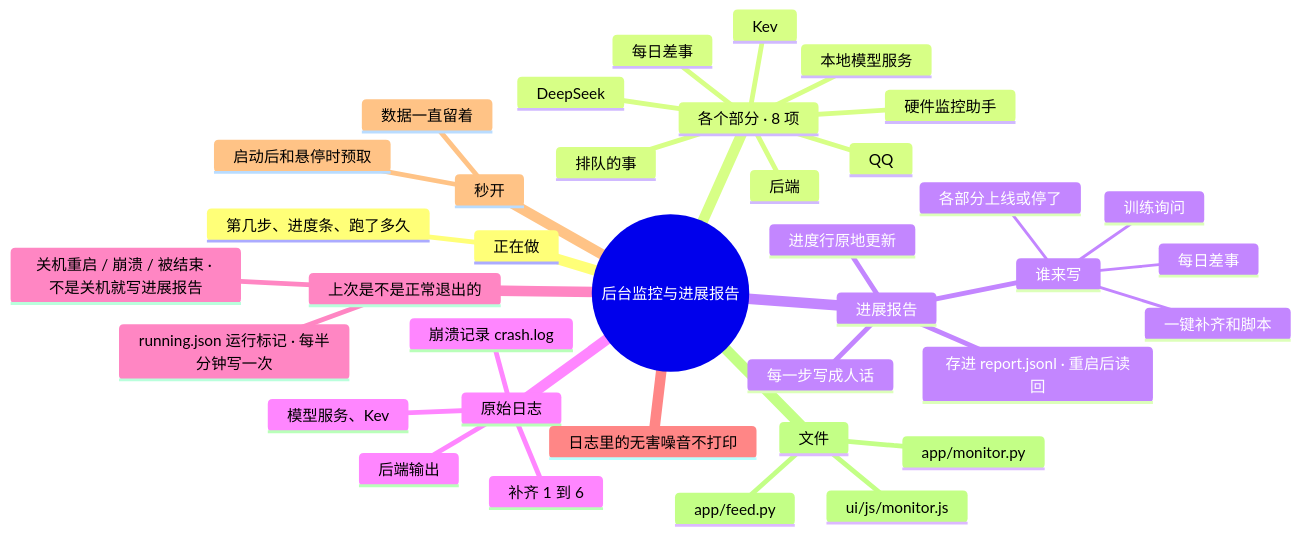
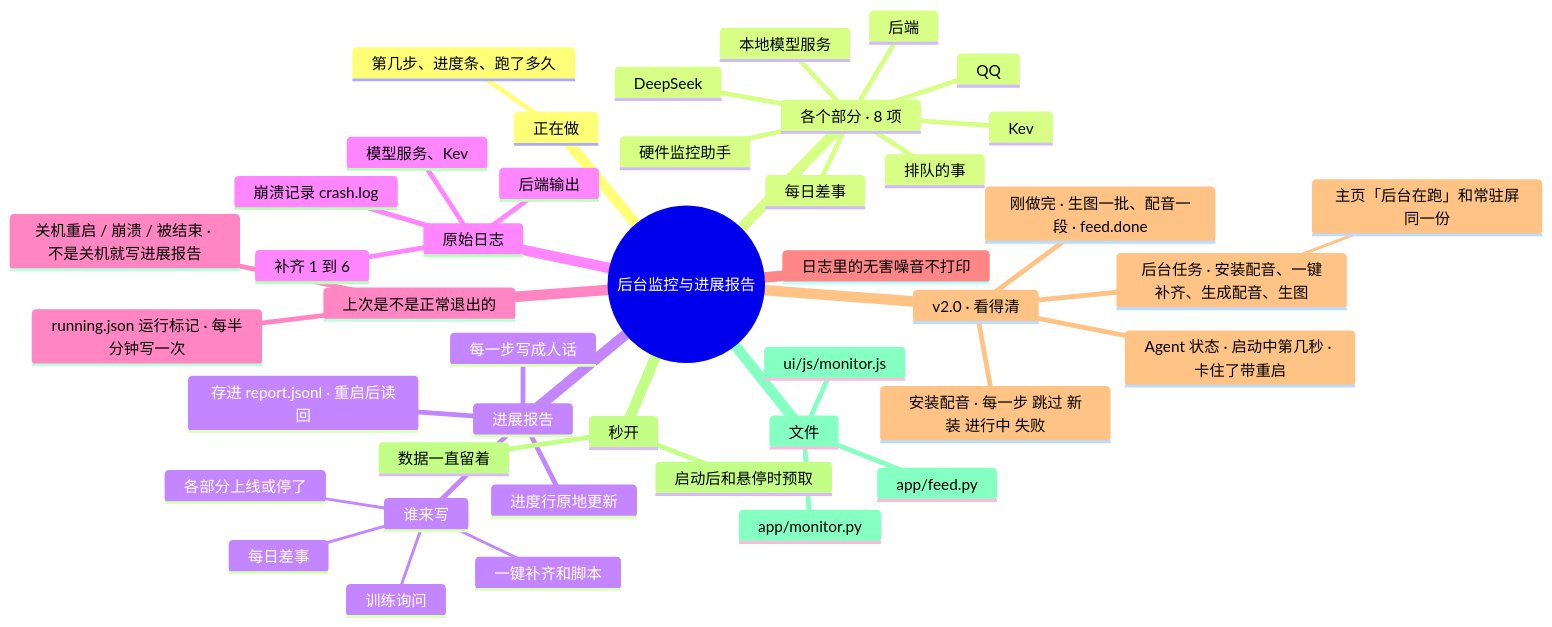
One commit to lql-076/Experiment-Agent-One changed the diagram in docs/AI文档/架构/10-后台监控与进展报告.md. Above: the diagram before and after it, drawn with Mermaid. The commit also changed other lines of this file and 56 other files, not shown here.

First line of the commit message:
v2.0.0：界面整个重做成极简（深色、浅色两套）；主窗口只放主页和常驻，工具都是独立窗口；生图加「角色」，批量清单写到角色名字自动带上形象

````diff
--- a/docs/AI文档/架构/10-后台监控与进展报告.md
+++ b/docs/AI文档/架构/10-后台监控与进展报告.md
@@ -9,48 +9,54 @@
 ```mermaid
 mindmap
   root((后台监控与进展报告))
     正在做
       第几步、进度条、跑了多久
     各个部分 · 8 项
       后端
       :::svc-backend
       本地模型服务
       :::svc-model
       Kev
       :::svc-kev
       QQ
       :::svc-qq
       硬件监控助手
       :::svc-hw
       DeepSeek
       :::svc-ds
       每日差事
       :::svc-nightly
       排队的事
       :::svc-queue
     进展报告
       每一步写成人话
       进度行原地更新
       谁来写
         一键补齐和脚本
         每日差事
         训练询问
         各部分上线或停了
       存进 report.jsonl · 重启后读回
     原始日志
       补齐 1 到 6
       后端输出
       模型服务、Kev
       崩溃记录 crash.log
     上次是不是正常退出的
       running.json 运行标记 · 每半分钟写一次
       关机重启 / 崩溃 / 被结束 · 不是关机就写进展报告
     日志里的无害噪音不打印
+    v2.0 · 看得清
+      后台任务 · 安装配音、一键补齐、生成配音、生图
+        主页「后台在跑」和常驻屏同一份
+      刚做完 · 生图一批、配音一段 · feed.done
+      Agent 状态 · 启动中第几秒 · 卡住了带重启
+      安装配音 · 每一步 跳过 新装 进行中 失败
     秒开
       数据一直留着
       启动后和悬停时预取
     文件
       app/monitor.py
       app/feed.py
       ui/js/monitor.js
 ```
````
